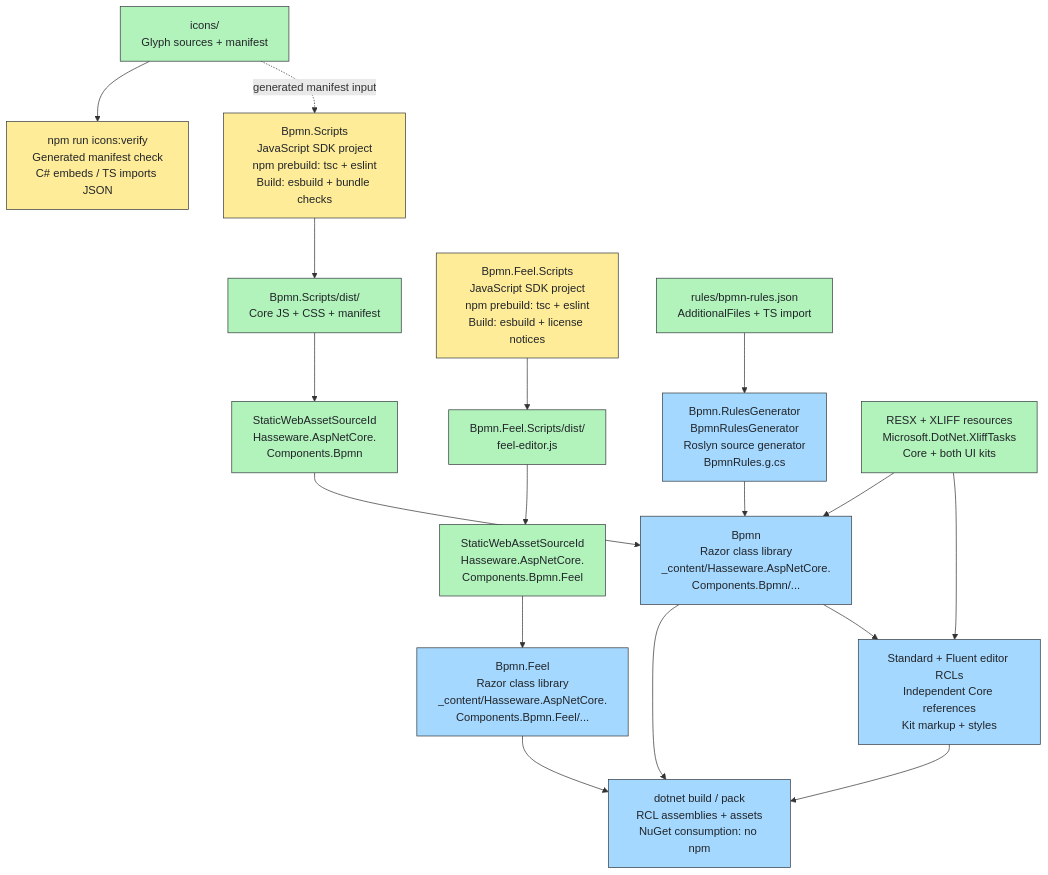
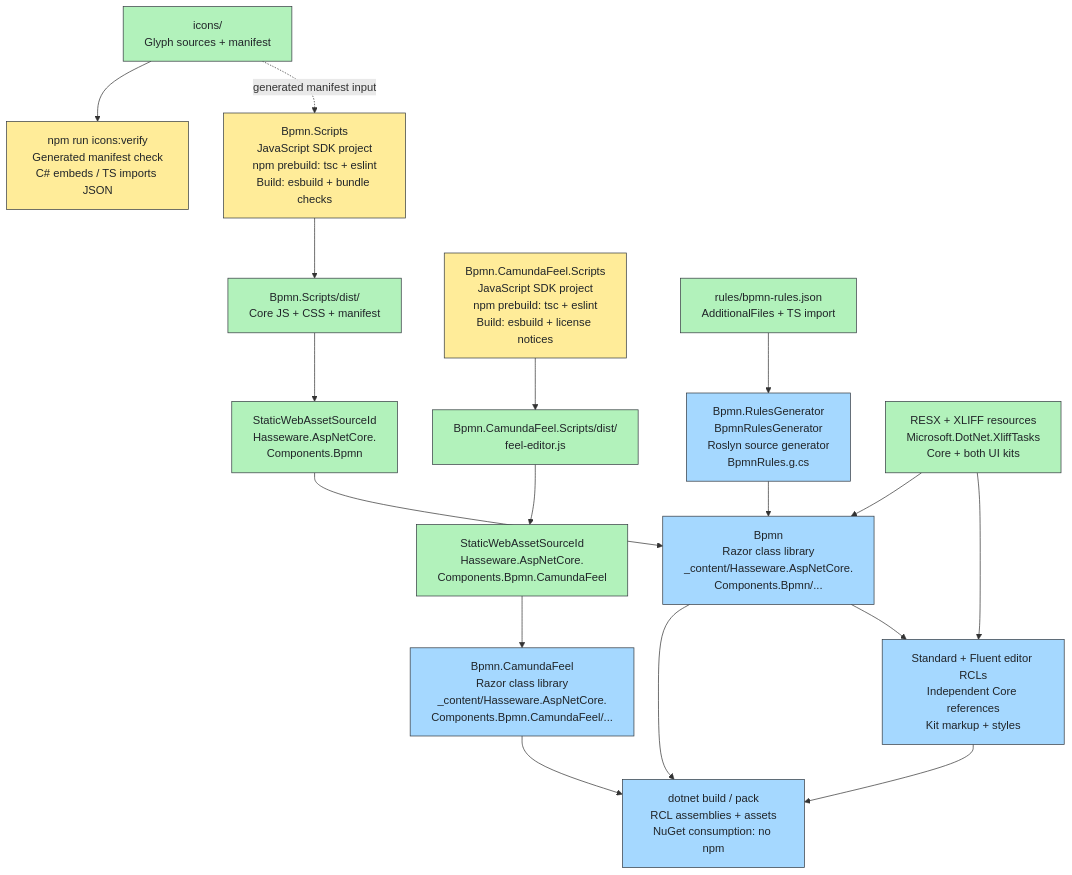
Before and after one commit to miguelhasse/BlazorBpmnEditor: the diagram in assets/diagrams/build-pipeline.mmd, drawn with Mermaid. The commit also changed 89 other files, not shown here.

First line of the commit message:
Add FeelSharp and rename CamundaFeel package

```diff
--- a/assets/diagrams/build-pipeline.mmd
+++ b/assets/diagrams/build-pipeline.mmd
@@ -1,40 +1,40 @@
 %% Build and asset pipeline
 %% dotnet build invokes both JavaScript SDK projects; dotnet pack ships the RCL static web assets.
 %% Both esproj files: DebugAssetsDirectory = dist/; BuildCommand = npm run build -- --build-mode=$(Configuration).
 %% icons:verify is a separate verification command (also in npm check), not part of the normal npm prebuild.
 flowchart TB
     npm["Bpmn.Scripts<br/>JavaScript SDK project<br/>npm prebuild: tsc + eslint<br/>Build: esbuild + bundle checks"]:::js
     dist["Bpmn.Scripts/dist/<br/>Core JS + CSS + manifest"]:::data
     source["StaticWebAssetSourceId<br/>Hasseware.AspNetCore.<br/>Components.Bpmn"]:::data
     core["Bpmn<br/>Razor class library<br/>_content/Hasseware.AspNetCore.<br/>Components.Bpmn/..."]:::cs
-    fnpm["Bpmn.Feel.Scripts<br/>JavaScript SDK project<br/>npm prebuild: tsc + eslint<br/>Build: esbuild + license notices"]:::js
-    fdist["Bpmn.Feel.Scripts/dist/<br/>feel-editor.js"]:::data
-    fsource["StaticWebAssetSourceId<br/>Hasseware.AspNetCore.<br/>Components.Bpmn.Feel"]:::data
-    feel["Bpmn.Feel<br/>Razor class library<br/>_content/Hasseware.AspNetCore.<br/>Components.Bpmn.Feel/..."]:::cs
+    fnpm["Bpmn.CamundaFeel.Scripts<br/>JavaScript SDK project<br/>npm prebuild: tsc + eslint<br/>Build: esbuild + license notices"]:::js
+    fdist["Bpmn.CamundaFeel.Scripts/dist/<br/>feel-editor.js"]:::data
+    fsource["StaticWebAssetSourceId<br/>Hasseware.AspNetCore.<br/>Components.Bpmn.CamundaFeel"]:::data
+    feel["Bpmn.CamundaFeel<br/>Razor class library<br/>_content/Hasseware.AspNetCore.<br/>Components.Bpmn.CamundaFeel/..."]:::cs
     rules["rules/bpmn-rules.json<br/>AdditionalFiles + TS import"]:::data
     generator["Bpmn.RulesGenerator<br/>BpmnRulesGenerator<br/>Roslyn source generator<br/>BpmnRules.g.cs"]:::cs
     pack["dotnet build / pack<br/>RCL assemblies + assets<br/>NuGet consumption: no npm"]:::cs
     kits["Standard + Fluent editor RCLs<br/>Independent Core references<br/>Kit markup + styles"]:::cs
     resources["RESX + XLIFF resources<br/>Microsoft.DotNet.XliffTasks<br/>Core + both UI kits"]:::data
     icons["icons/<br/>Glyph sources + manifest"]:::data
     verify["npm run icons:verify<br/>Generated manifest check<br/>C# embeds / TS imports JSON"]:::js
     npm --> dist
     dist --> source
     source --> core
     fnpm --> fdist
     fdist --> fsource
     fsource --> feel
     rules --> generator
     generator --> core
     core --> pack
     feel --> pack
     core --> kits
     kits --> pack
     resources --> core
     resources --> kits
     icons --> verify
     icons -.->|"generated manifest input"| npm
     classDef cs fill:#a5d8ff,stroke:#343a40,color:#212529
     classDef js fill:#ffec99,stroke:#343a40,color:#212529
     classDef data fill:#b2f2bb,stroke:#343a40,color:#212529
     classDef test fill:#e9ecef,stroke:#343a40,color:#212529
```
